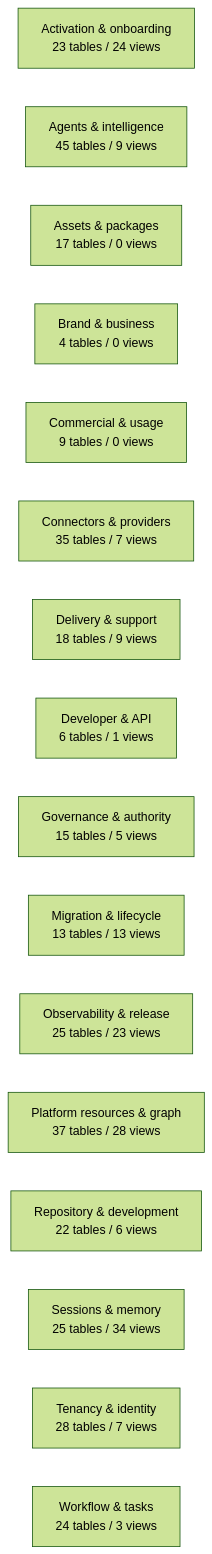
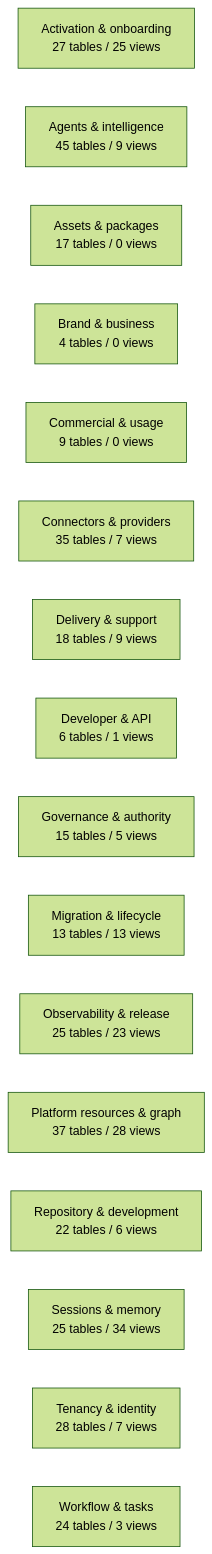
One commit to mad4bdigital-ai/multi-business-multi-role-growth-intelligence-os changed the diagram in docs/work-maps/data-model-domain-map.md. Above: the diagram before and after it, drawn with Mermaid (forest theme). The commit also changed other lines of this file and 10 other files, not shown here.

````diff
--- a/docs/work-maps/data-model-domain-map.md
+++ b/docs/work-maps/data-model-domain-map.md
@@ -9,19 +9,19 @@
 ```mermaid
 flowchart LR
-  n_Activation___onboarding["Activation & onboarding<br/>23 tables / 24 views"]
+  n_Activation___onboarding["Activation & onboarding<br/>27 tables / 25 views"]
   n_Agents___intelligence["Agents & intelligence<br/>45 tables / 9 views"]
   n_Assets___packages["Assets & packages<br/>17 tables / 0 views"]
   n_Brand___business["Brand & business<br/>4 tables / 0 views"]
   n_Commercial___usage["Commercial & usage<br/>9 tables / 0 views"]
   n_Connectors___providers["Connectors & providers<br/>35 tables / 7 views"]
   n_Delivery___support["Delivery & support<br/>18 tables / 9 views"]
   n_Developer___API["Developer & API<br/>6 tables / 1 views"]
   n_Governance___authority["Governance & authority<br/>15 tables / 5 views"]
   n_Migration___lifecycle["Migration & lifecycle<br/>13 tables / 13 views"]
   n_Observability___release["Observability & release<br/>25 tables / 23 views"]
   n_Platform_resources___graph["Platform resources & graph<br/>37 tables / 28 views"]
   n_Repository___development["Repository & development<br/>22 tables / 6 views"]
   n_Sessions___memory["Sessions & memory<br/>25 tables / 34 views"]
   n_Tenancy___identity["Tenancy & identity<br/>28 tables / 7 views"]
   n_Workflow___tasks["Workflow & tasks<br/>24 tables / 3 views"]
 ```
````
